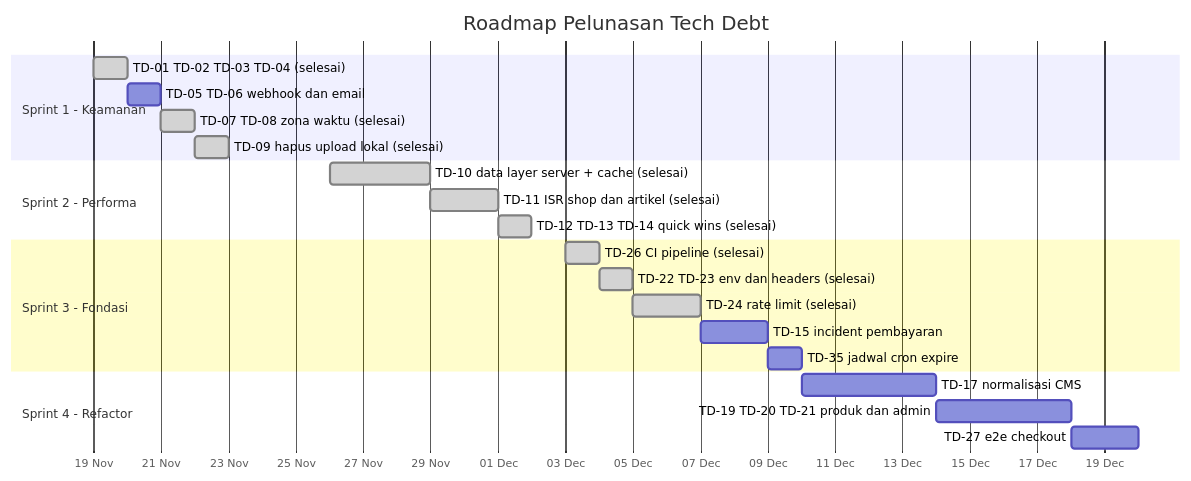
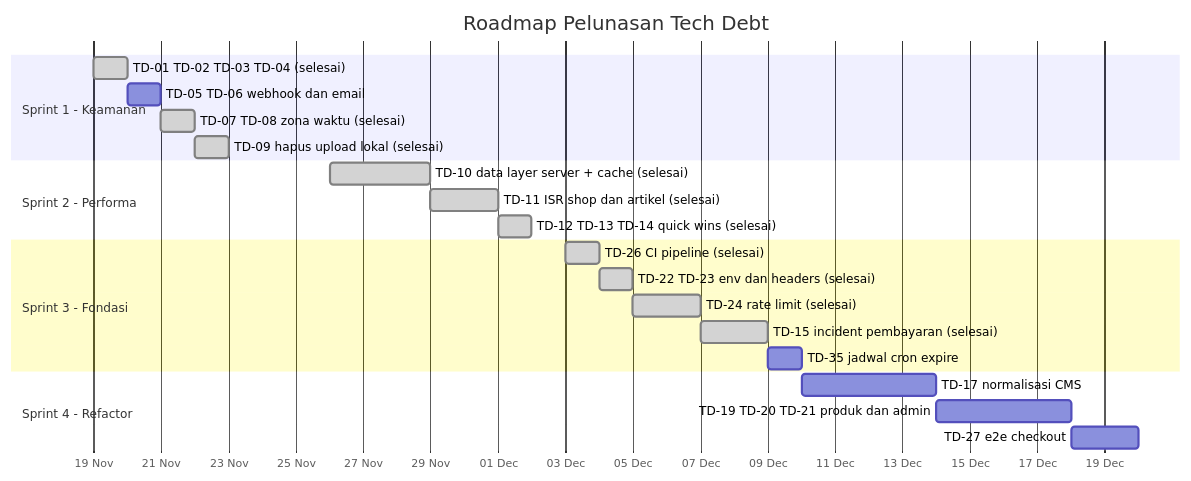
The diagram in docs/engineering/TECH-DEBT.md (imamnura/zari-madu), drawn with Mermaid before and after one commit. The commit also changed other lines of this file and 26 other files, not shown here.

````diff
--- a/docs/engineering/TECH-DEBT.md
+++ b/docs/engineering/TECH-DEBT.md
@@ -77,25 +77,25 @@
 ```mermaid
 gantt
     title Roadmap Pelunasan Tech Debt
     dateFormat YYYY-MM-DD
     axisFormat %d %b
     section Sprint 1 - Keamanan
     TD-01 TD-02 TD-03 TD-04 (selesai) :done, s1a, 2026-11-19, 1d
     TD-05 TD-06 webhook dan email   :s1c, 2026-11-20, 1d
     TD-07 TD-08 zona waktu (selesai) :done, s1d, after s1c, 1d
     TD-09 hapus upload lokal (selesai) :done, s1e, after s1d, 1d
     section Sprint 2 - Performa
     TD-10 data layer server + cache (selesai) :done, s2a, 2026-11-26, 3d
     TD-11 ISR shop dan artikel (selesai) :done, s2b, after s2a, 2d
     TD-12 TD-13 TD-14 quick wins (selesai) :done, s2c, after s2b, 1d
     section Sprint 3 - Fondasi
     TD-26 CI pipeline (selesai)     :done, s3a, 2026-12-03, 1d
     TD-22 TD-23 env dan headers (selesai) :done, s3b, after s3a, 1d
     TD-24 rate limit (selesai)      :done, s3c, after s3b, 2d
-    TD-15 incident pembayaran       :s3d, after s3c, 2d
+    TD-15 incident pembayaran (selesai) :done, s3d, after s3c, 2d
     TD-35 jadwal cron expire        :s3e, after s3d, 1d
     section Sprint 4 - Refactor
     TD-17 normalisasi CMS           :s4a, 2026-12-10, 4d
     TD-19 TD-20 TD-21 produk dan admin :s4b, after s4a, 4d
     TD-27 e2e checkout              :s4c, after s4b, 2d
 ```
````
